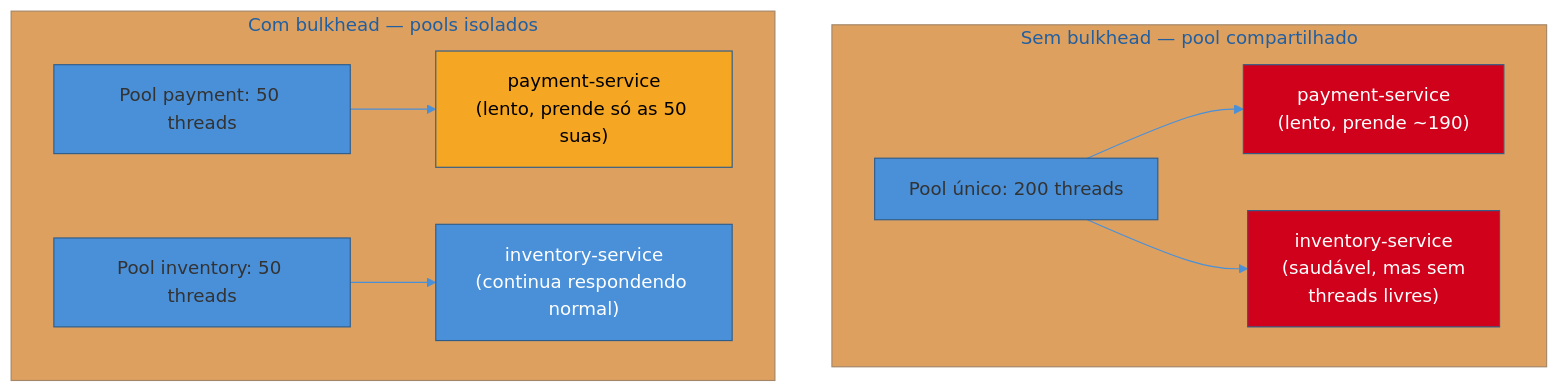
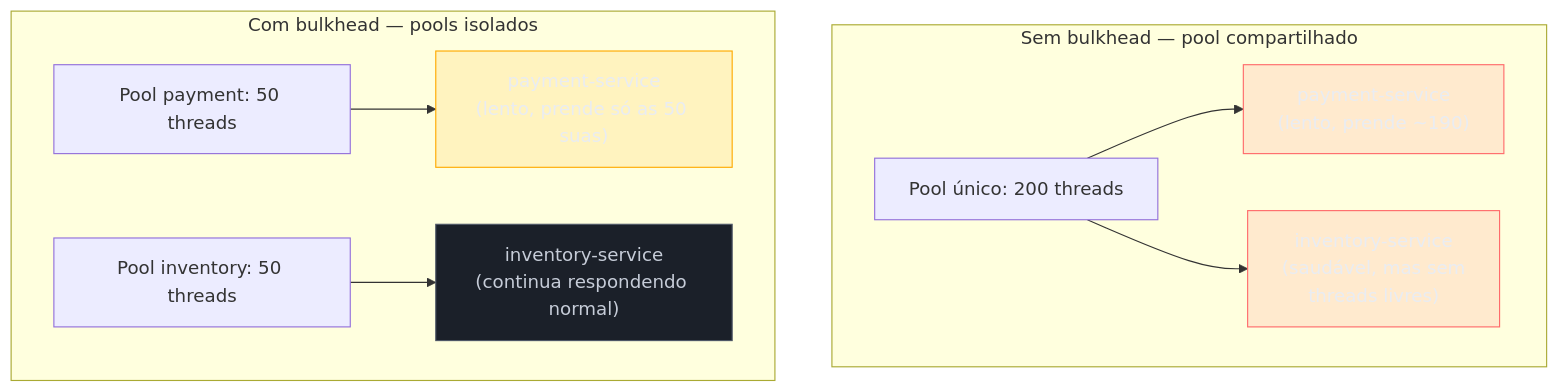
Before and after one commit to josenaldo/codex-technomanticus: the fourth of 4 diagrams in 03-Dominios/Engenharia/Arquitetura/System Design/3 - Padrões recorrentes/05 - Circuit Breaker e resiliência.md, drawn with Mermaid. The commit also changed other lines of this file and 1181 other files, not shown here.

First line of the commit message:
fix(diagramas): paleta do sistema no lugar de cor cravada no markdown

````diff
--- a/03-Dominios/Engenharia/Arquitetura/System Design/3 - Padrões recorrentes/05 - Circuit Breaker e resiliência.md
+++ b/03-Dominios/Engenharia/Arquitetura/System Design/3 - Padrões recorrentes/05 - Circuit Breaker e resiliência.md
@@ -166,17 +165,19 @@
 ```mermaid
-%%{init: {"theme": "base", "themeVariables": {"primaryColor": "#4A90D9", "primaryBorderColor": "#2E5C8A", "lineColor": "#4A90D9"}}}%%
 graph TD
+    classDef falha fill:#FF6B6B24,stroke:#FF6B6B,color:#E9ECF2
+    classDef destaque fill:#FFAA0024,stroke:#FFAA00,color:#E9ECF2
+    classDef neutro fill:#1B2029,stroke:#4E5666,color:#C6CCD8
     subgraph "Sem bulkhead — pool compartilhado"
         POOL["Pool único: 200 threads"] --> PAY1["payment-service<br/>(lento, prende ~190)"]
         POOL --> INV1["inventory-service<br/>(saudável, mas sem<br/>threads livres)"]
     end
     subgraph "Com bulkhead — pools isolados"
         POOLPAY["Pool payment: 50 threads"] --> PAY2["payment-service<br/>(lento, prende só as 50 suas)"]
         POOLINV["Pool inventory: 50 threads"] --> INV2["inventory-service<br/>(continua respondendo normal)"]
     end
 
-    style PAY1 fill:#D0021B,stroke:#2E5C8A,color:#fff
-    style INV1 fill:#D0021B,stroke:#2E5C8A,color:#fff
-    style PAY2 fill:#F5A623,stroke:#2E5C8A,color:#000
-    style INV2 fill:#4A90D9,stroke:#2E5C8A,color:#fff
+    class PAY1 falha
+    class INV1 falha
+    class PAY2 destaque
+    class INV2 neutro
 ```
````
